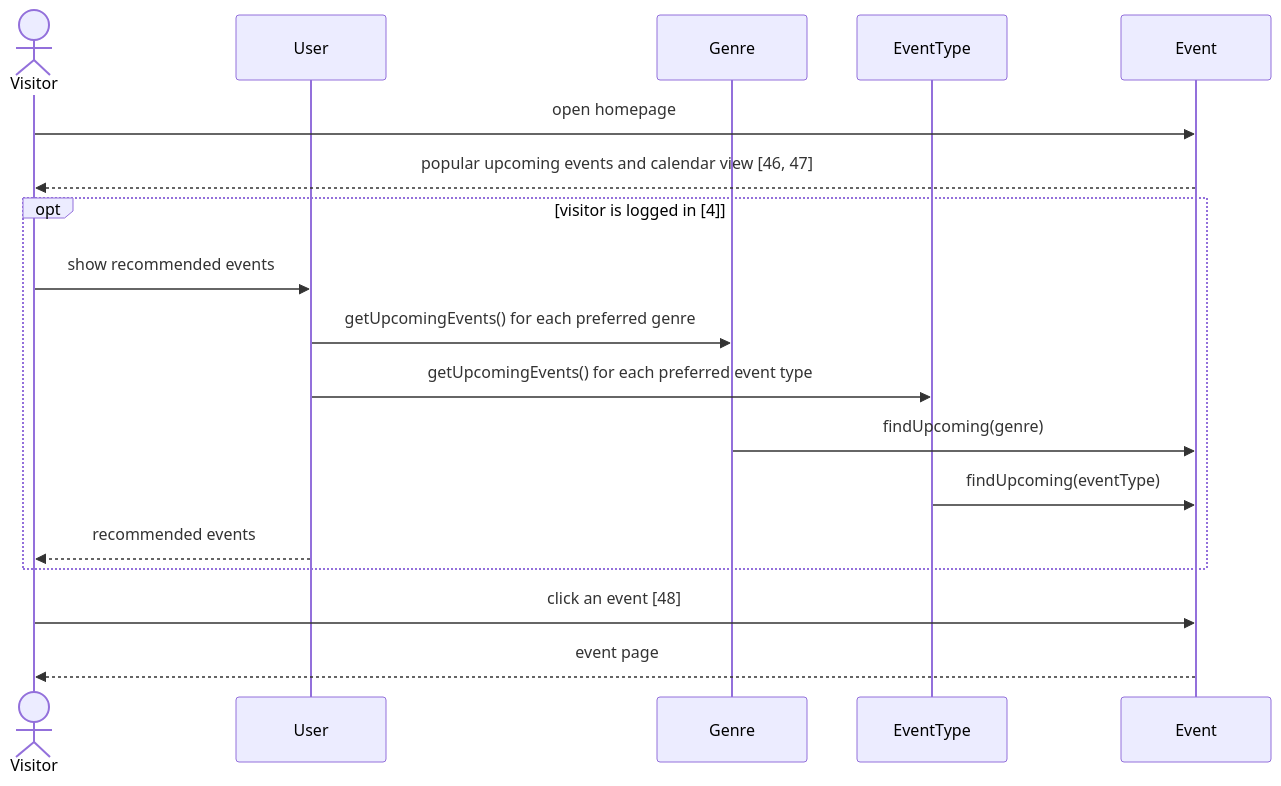
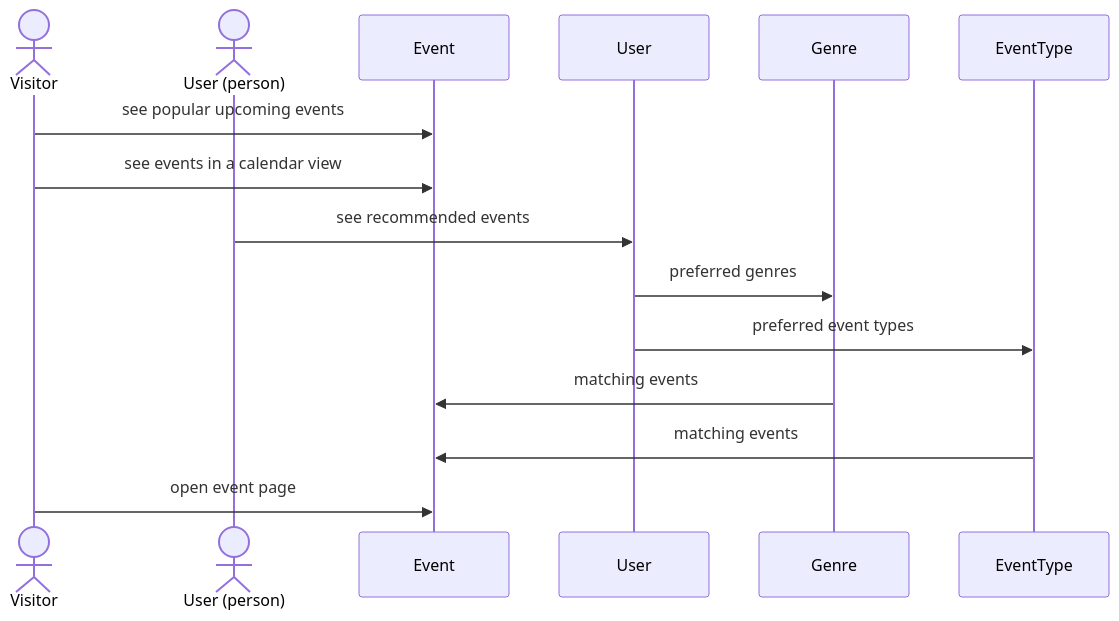
The diagram in 4_gold_standard_sequence_diagrams/ticket/sd2_homepage.mmd (grumartin/user-story-domain-model-datasets), drawn with Mermaid before and after one commit. The commit also changed 151 other files, not shown here.

Commit message:
Adapt domain models to revised gold and silver standard & Create Sequence Diagrams for all Projects (#2)

```diff
--- a/4_gold_standard_sequence_diagrams/ticket/sd2_homepage.mmd
+++ b/4_gold_standard_sequence_diagrams/ticket/sd2_homepage.mmd
@@ -1,22 +1,23 @@
 sequenceDiagram
     %% SD2 - Discover events on the homepage
     %% Stories: 4, 46, 47, 48
-    %% Description: A visitor sees popular upcoming events and a calendar view; a logged-in user also gets events recommended from their preferences; clicking an event opens its page.
+    %% Description: A visitor sees popular upcoming events and a calendar view and opens an event page. A registered user gets events recommended from their profile.
     actor VI as Visitor
+    actor UP as User (person)
+    participant EV as Event
     participant U as User
     participant GE as Genre
     participant ET as EventType
-    participant EV as Event
 
-    VI->>EV: open homepage
-    EV-->>VI: popular upcoming events and calendar view [46, 47]
-    opt visitor is logged in [4]
-        VI->>U: show recommended events
-        U->>GE: getUpcomingEvents() for each preferred genre
-        U->>ET: getUpcomingEvents() for each preferred event type
-        GE->>EV: findUpcoming(genre)
-        ET->>EV: findUpcoming(eventType)
-        U-->>VI: recommended events
-    end
-    VI->>EV: click an event [48]
-    EV-->>VI: event page
+    %% covers 47
+    VI->>EV: see popular upcoming events
+    %% covers 46
+    VI->>EV: see events in a calendar view
+    %% covers 4
+    UP->>U: see recommended events
+    U->>GE: preferred genres
+    U->>ET: preferred event types
+    GE->>EV: matching events
+    ET->>EV: matching events
+    %% covers 48
+    VI->>EV: open event page
```
